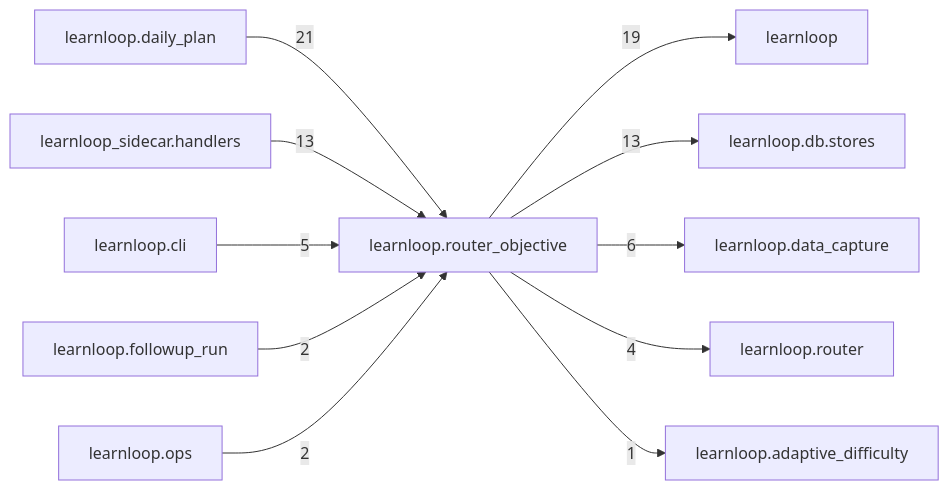
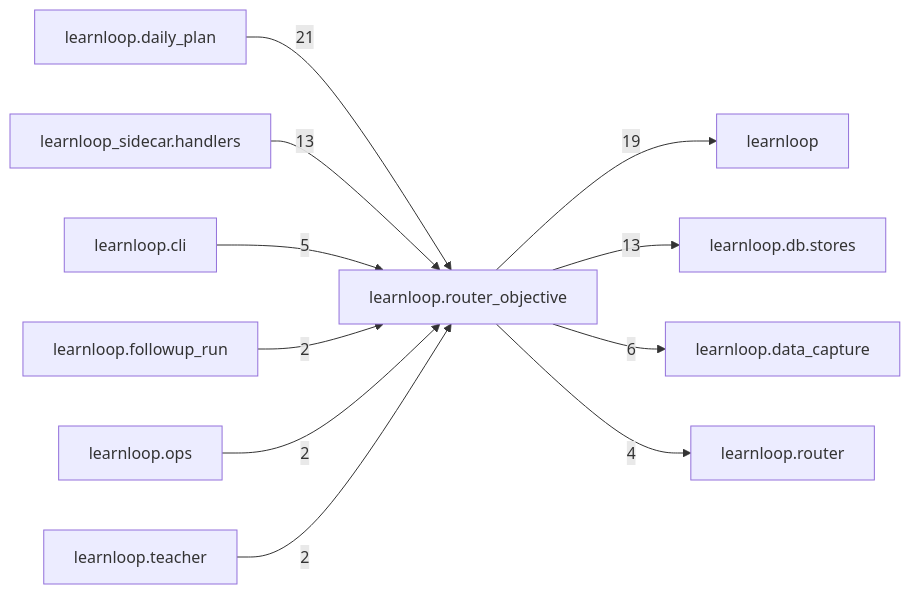
One commit to 6up-b/learnanything changed the diagram in docs/learnloop-architecture-vault/Reference/Modules/learnloop/router_objective/_package.md. Above: the diagram before and after it, drawn with Mermaid. The commit also changed other lines of this file and 545 other files, not shown here.

````diff
--- a/docs/learnloop-architecture-vault/Reference/Modules/learnloop/router_objective/_package.md
+++ b/docs/learnloop-architecture-vault/Reference/Modules/learnloop/router_objective/_package.md
@@ -135,24 +136,24 @@
 ```mermaid
 flowchart LR
     center["learnloop.router_objective"]
     n_learnloop_daily_plan["learnloop.daily_plan"]
     n_learnloop["learnloop"]
     n_learnloop_db_stores["learnloop.db.stores"]
     n_learnloop_sidecar_handlers["learnloop_sidecar.handlers"]
     n_learnloop_data_capture["learnloop.data_capture"]
     n_learnloop_cli["learnloop.cli"]
     n_learnloop_router["learnloop.router"]
     n_learnloop_followup_run["learnloop.followup_run"]
     n_learnloop_ops["learnloop.ops"]
-    n_learnloop_adaptive_difficulty["learnloop.adaptive_difficulty"]
+    n_learnloop_teacher["learnloop.teacher"]
     n_learnloop_daily_plan -->|21| center
     center -->|19| n_learnloop
     center -->|13| n_learnloop_db_stores
     n_learnloop_sidecar_handlers -->|13| center
     center -->|6| n_learnloop_data_capture
     n_learnloop_cli -->|5| center
     center -->|4| n_learnloop_router
     n_learnloop_followup_run -->|2| center
     n_learnloop_ops -->|2| center
-    center -->|1| n_learnloop_adaptive_difficulty
+    n_learnloop_teacher -->|2| center
 ```
````
